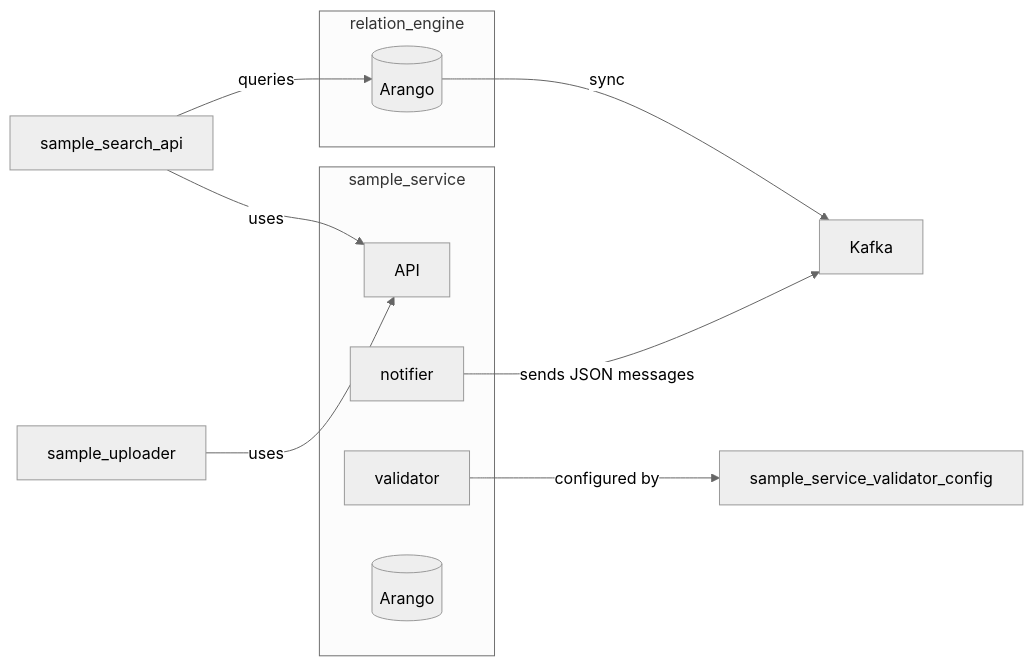
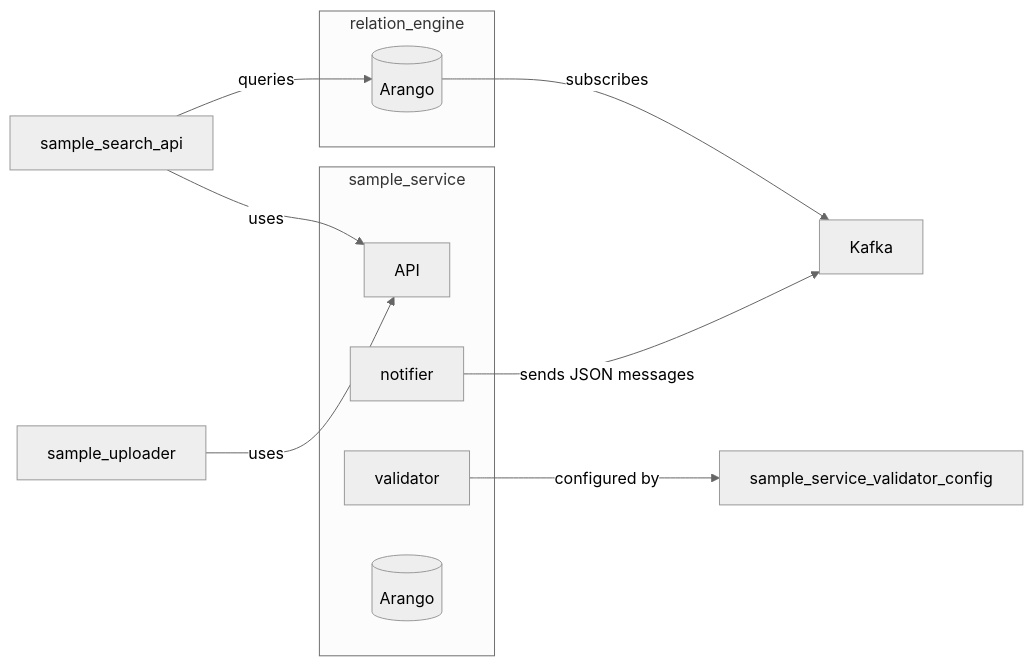
The diagram in docs/highlevel_diagram.md (sashianl/sample_service), drawn with Mermaid (neutral theme) before and after one commit.

````diff
--- a/docs/highlevel_diagram.md
+++ b/docs/highlevel_diagram.md
@@ -1,29 +1,29 @@
 ```mermaid
 flowchart LR
 
     subgraph sample_service
       API
       notifier
       validator
       ss_arango_db[(Arango)]
     end
     
     subgraph relation_engine
       re_arango_db[(Arango)]
     end
     
     sample_uploader -- uses --> API
     sample_search_api -- uses --> API
     sample_search_api -- queries --> re_arango_db
     notifier  -- sends JSON messages --> Kafka
     validator  -- configured by --> sample_service_validator_config
-    re_arango_db -- sync -->  Kafka
+    re_arango_db -- subscribes -->  Kafka
     
     click sample_uploader href "https://github.com/kbaseapps/sample_uploader" "sample_uploader"
     click sample_search_api href "https://github.com/kbase/sample_search_api" "sample_search_api"
     click sample_service_validator_config href "https://github.com/kbase/sample_service_validator_config" "sample_service_validator_config"
     click notifier href "https://github.com/kbase/sample_service/blob/master/lib/SampleService/core/notification.py" "notifier"
     click validator href "https://github.com/kbase/sample_service/tree/master/lib/SampleService/core/validator" "validator"
     click API href "https://github.com/kbase/sample_service/blob/master/SampleService.spec" "API"
     
 ```
````
